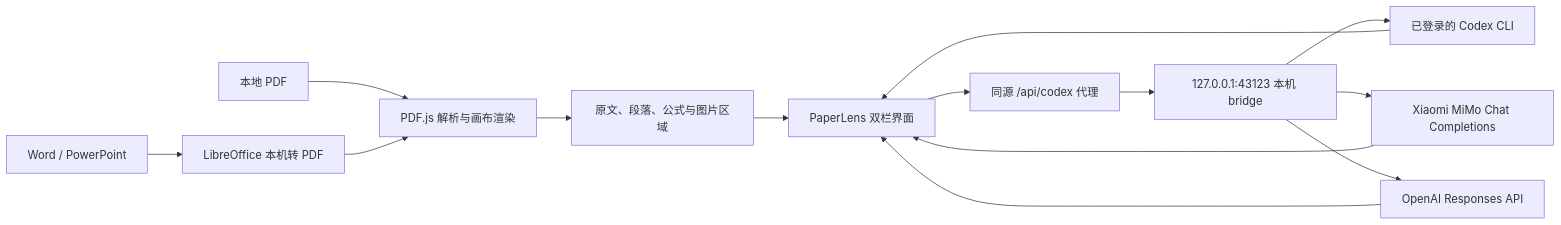
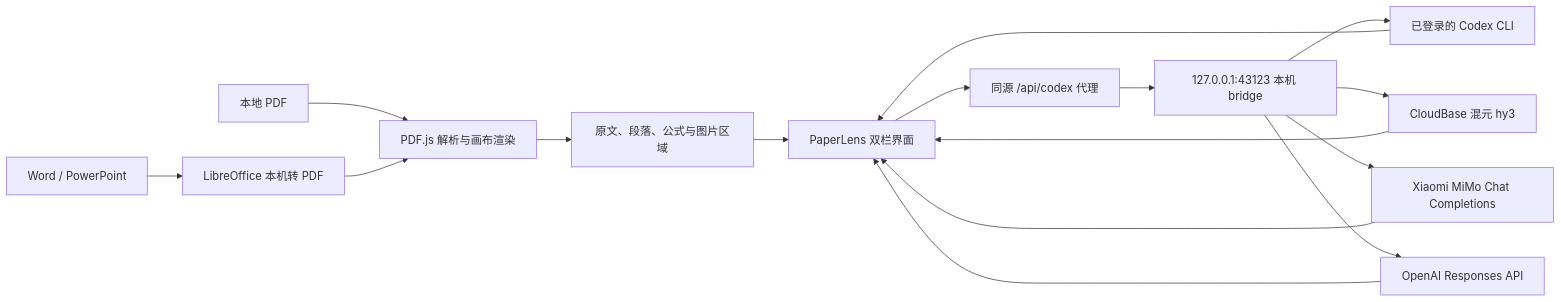
One commit to NaCr05/PaperLens changed the diagram in README.md. Above: the diagram before and after it, drawn with Mermaid. The commit also changed other lines of this file and 1 other file, not shown here.

Commit message:
Document CloudBase Hunyuan deployment

````diff
--- a/README.md
+++ b/README.md
@@ -27,16 +27,18 @@
 ```mermaid
 flowchart LR
   PDF["本地 PDF"] --> PDFJS["PDF.js 解析与画布渲染"]
   OFFICE["Word / PowerPoint"] --> CONVERT["LibreOffice 本机转 PDF"]
   CONVERT --> PDFJS
   PDFJS --> Reader["原文、段落、公式与图片区域"]
   Reader --> UI["PaperLens 双栏界面"]
   UI --> Proxy["同源 /api/codex 代理"]
   Proxy --> Bridge["127.0.0.1:43123 本机 bridge"]
   Bridge --> Codex["已登录的 Codex CLI"]
+  Bridge --> Hunyuan["CloudBase 混元 hy3"]
   Bridge --> MiMo["Xiaomi MiMo Chat Completions"]
   Bridge --> OpenAI["OpenAI Responses API"]
   Codex --> UI
+  Hunyuan --> UI
   MiMo --> UI
   OpenAI --> UI
 ```
````
